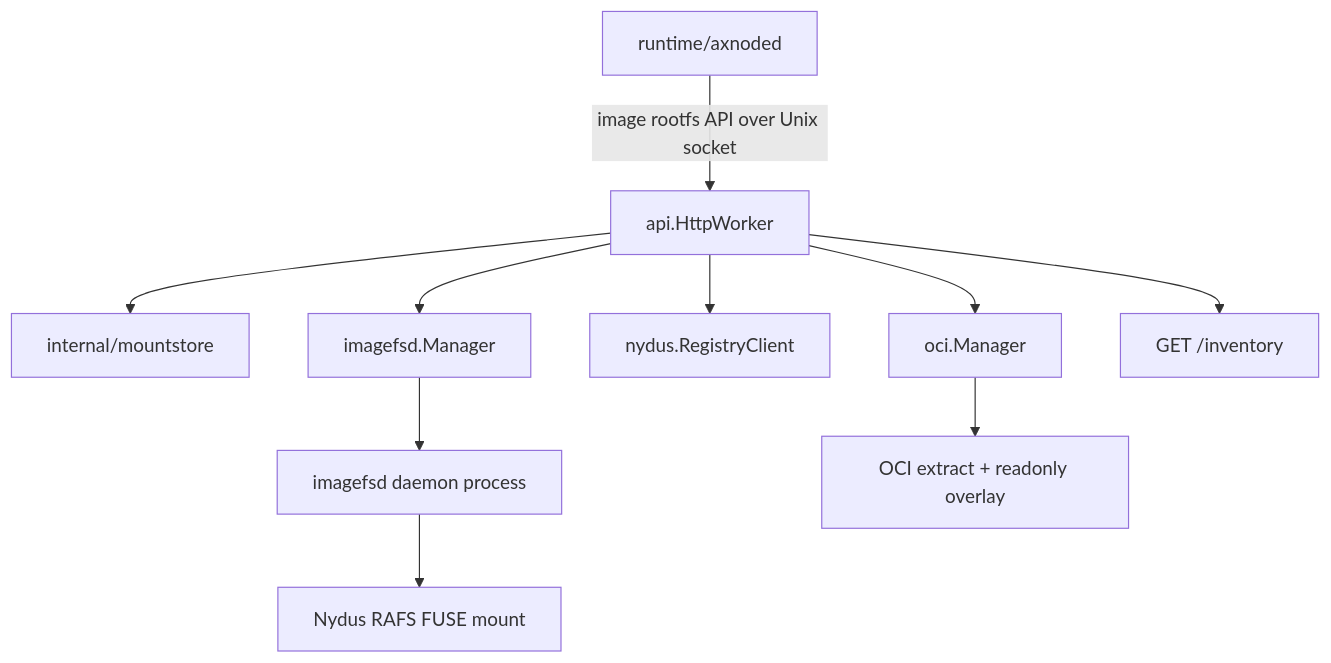
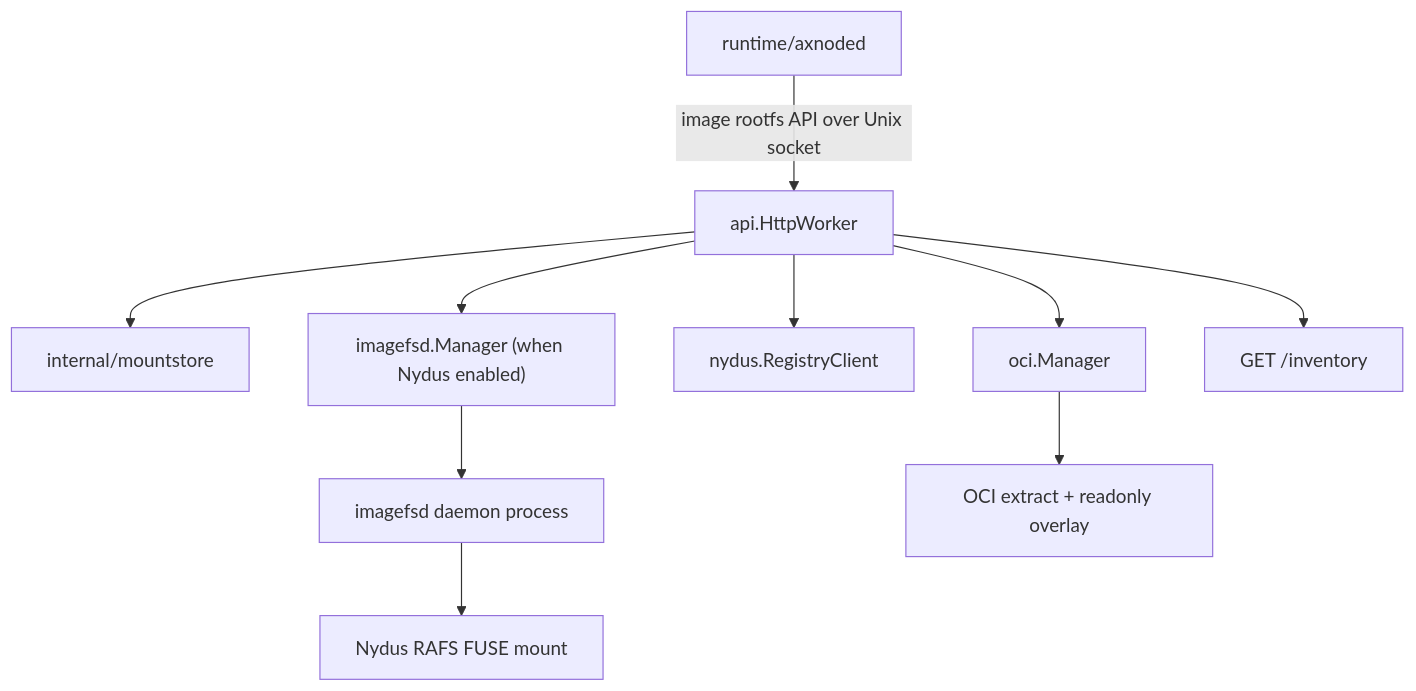
Before and after one commit to cofy-x/axern: the first of 2 diagrams in runtime/imagemgr/docs/architecture.md, drawn with Mermaid. The commit also changed other lines of this file and 28 other files, not shown here.

````diff
--- a/runtime/imagemgr/docs/architecture.md
+++ b/runtime/imagemgr/docs/architecture.md
@@ -9,15 +9,15 @@
 ```mermaid
 flowchart TB
     Axnoded["runtime/axnoded"] -->|"image rootfs API over Unix socket"| Worker["api.HttpWorker"]
 
     Worker --> Store["internal/mountstore"]
     Worker --> OCI["oci.Manager"]
     Worker --> Nydus["nydus.RegistryClient"]
-    Worker --> IFSMgr["imagefsd.Manager"]
+    Worker --> IFSMgr["imagefsd.Manager (when Nydus enabled)"]
 
     IFSMgr --> IFSD["imagefsd daemon process"]
     IFSD --> NydusFuse["Nydus RAFS FUSE mount"]
     OCI --> OCIRootfs["OCI extract + readonly overlay"]
 
     Worker --> Inventory["GET /inventory"]
 ```
````
